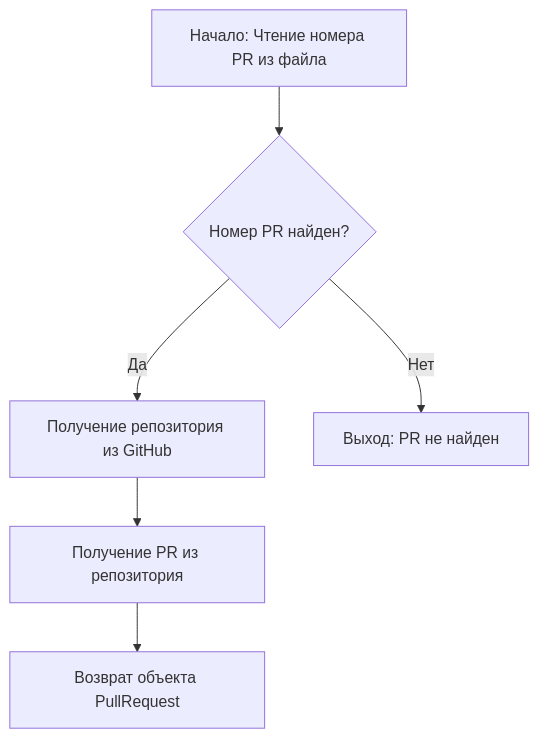
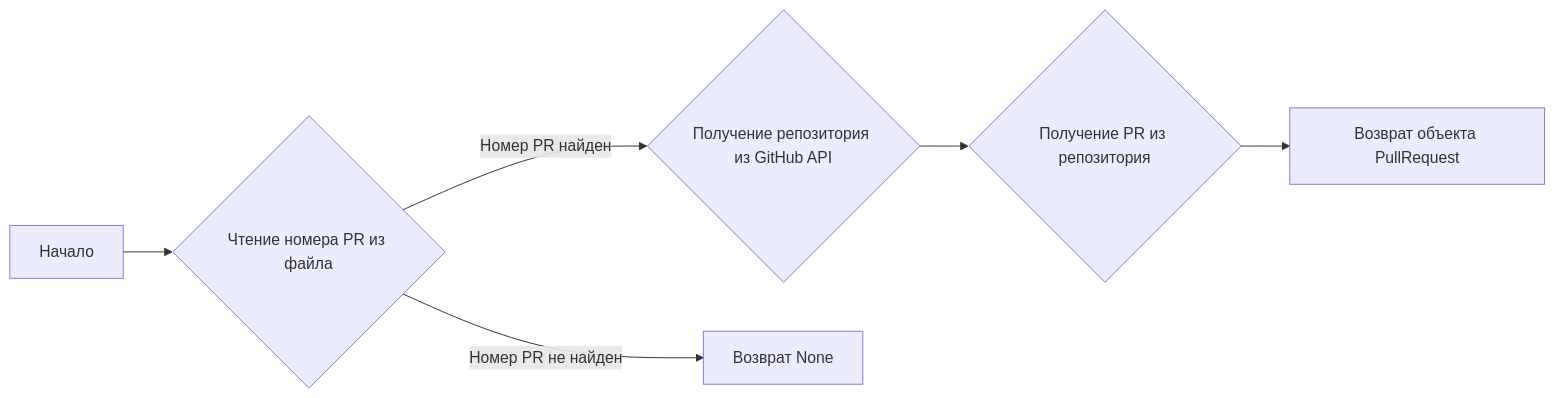
Before and after one commit to hypo69/hypotez: the first of 8 diagrams in docs/ru/src/endpoints/gpt4free/etc/tool/copilot.py.md, drawn with Mermaid. The commit also changed other lines of this file and 1431 other files, not shown here.

````diff
--- a/docs/ru/src/endpoints/gpt4free/etc/tool/copilot.py.md
+++ b/docs/ru/src/endpoints/gpt4free/etc/tool/copilot.py.md
@@ -45,8 +45,8 @@
 ```mermaid
-graph TD
-    A[Начало: Чтение номера PR из файла] --> B{Номер PR найден?};
-    B -- Да --> C[Получение репозитория из GitHub];
-    C --> D[Получение PR из репозитория];
-    D --> E[Возврат объекта PullRequest];
-    B -- Нет --> F[Выход: PR не найден];
+graph LR
+A[Начало] --> B{Чтение номера PR из файла};
+B -- Номер PR найден --> C{Получение репозитория из GitHub API};
+B -- Номер PR не найден --> D[Возврат None];
+C --> E{Получение PR из репозитория};
+E --> F[Возврат объекта PullRequest];
 ```
````
